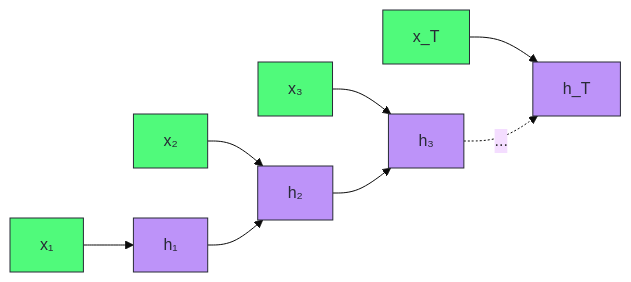
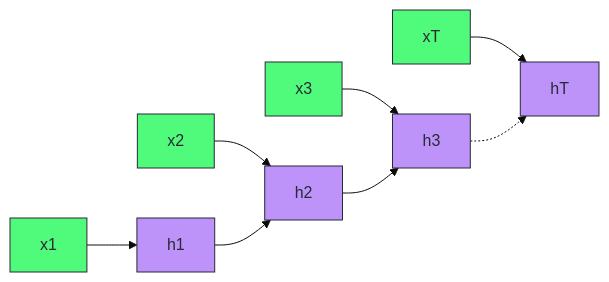
One commit to CoteNite/blog changed the diagram in agent/大模型基础/大模型原理.md. Above: the diagram before and after it, drawn with Mermaid (base theme). The commit also changed other lines of this file, not shown here.

`````diff
--- a/agent/大模型基础/大模型原理.md
+++ b/agent/大模型基础/大模型原理.md
@@ -59,14 +56,14 @@
 ```mermaid
 graph LR
-    X1["x₁"] --> H1["h₁"]
-    X2["x₂"] --> H2["h₂"]
-    X3["x₃"] --> H3["h₃"]
-    XT["x_T"] --> HT["h_T"]
+    X1[x1] --> H1[h1]
+    X2[x2] --> H2[h2]
+    X3[x3] --> H3[h3]
+    XT[xT] --> HT[hT]
     H1 --> H2
     H2 --> H3
-    H3 -.->|"..."| HT
+    H3 -.-> HT
     classDef input fill:#50fa7b,stroke:#282a36,color:#282a36
     classDef hidden fill:#bd93f9,stroke:#282a36,color:#282a36
     class X1,X2,X3,XT input
     class H1,H2,H3,HT hidden
-```
+````
`````
